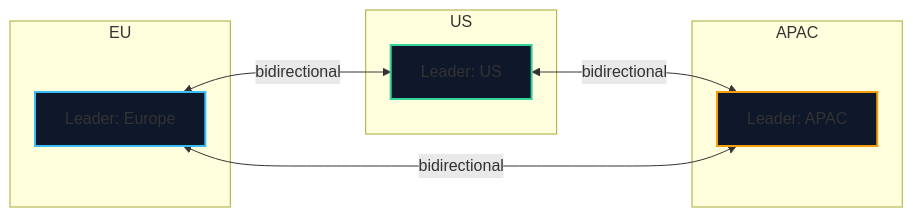
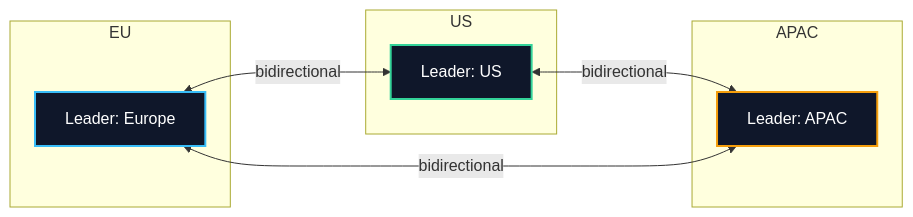
Before and after one commit to 1345AbhishekKumar/cs-cookbook: the third of 4 diagrams in content/docs/databases-sql/04-distributed-data-and-nosql/01-replication.mdx, drawn with Mermaid. The commit also changed other lines of this file and 80 other files, not shown here.

````diff
--- a/content/docs/databases-sql/04-distributed-data-and-nosql/01-replication.mdx
+++ b/content/docs/databases-sql/04-distributed-data-and-nosql/01-replication.mdx
@@ -115,19 +115,19 @@
 ```mermaid
 flowchart LR
     subgraph EU
         L1["Leader: Europe"]
     end
     subgraph US
         L2["Leader: US"]
     end
     subgraph APAC
         L3["Leader: APAC"]
     end
     L1 <-->|bidirectional| L2
     L2 <-->|bidirectional| L3
     L3 <-->|bidirectional| L1
 
-    style L1 fill:#0f172a,stroke:#38bdf8,stroke-width:2px
-    style L2 fill:#0f172a,stroke:#34d399,stroke-width:2px
-    style L3 fill:#0f172a,stroke:#f59e0b,stroke-width:2px
+    style L1 fill:#0f172a,stroke:#38bdf8,stroke-width:2px,color:#ffffff
+    style L2 fill:#0f172a,stroke:#34d399,stroke-width:2px,color:#ffffff
+    style L3 fill:#0f172a,stroke:#f59e0b,stroke-width:2px,color:#ffffff
 ```
````
